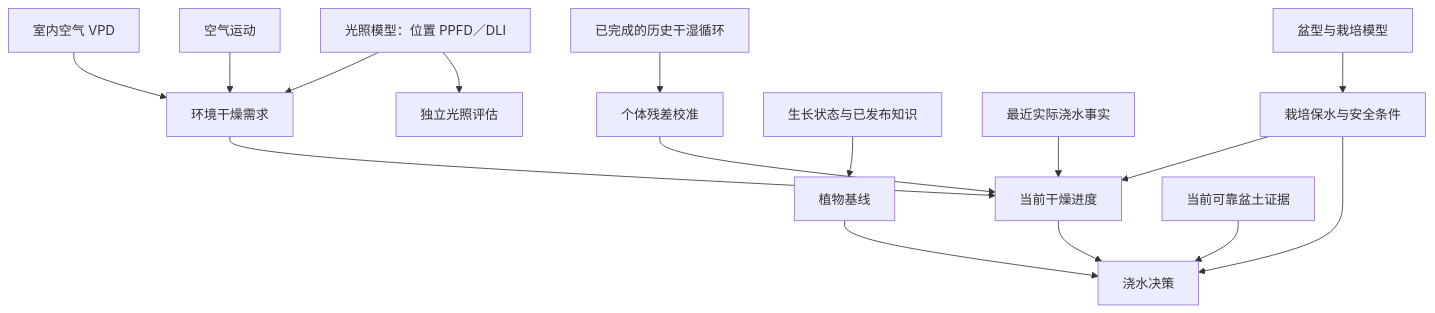
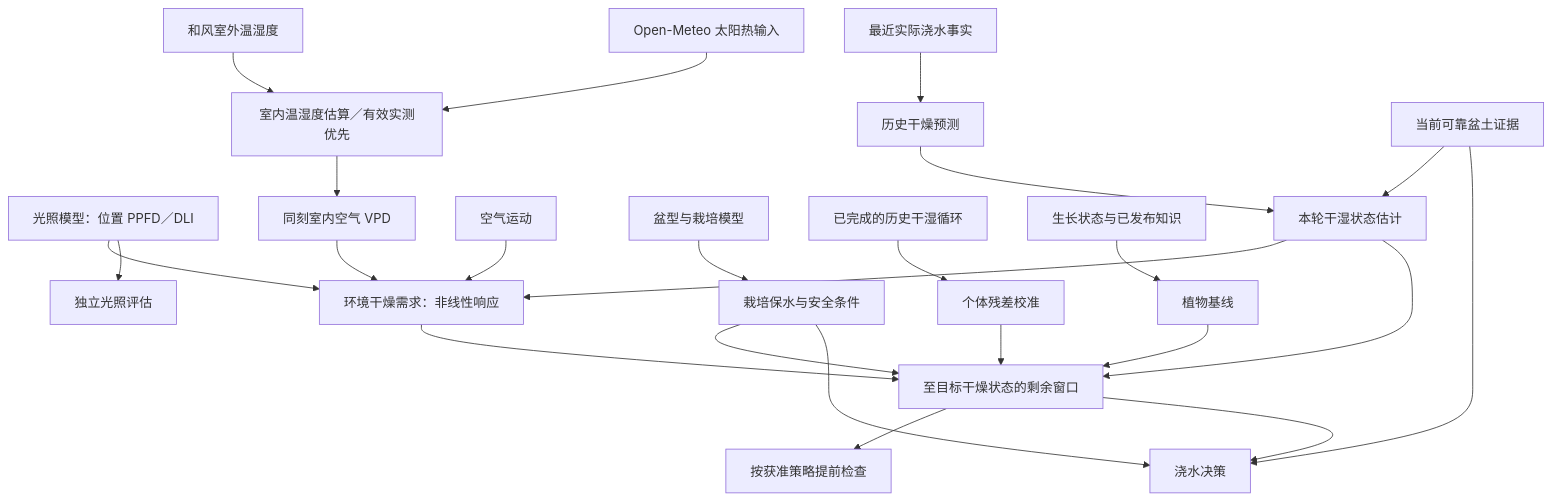
The third of 3 diagrams in 青花植后端v2底层架构重构计划_融合闭环终版.md (dang0705/planting), drawn with Mermaid before and after one commit. The commit also changed other lines of this file and 7 other files, not shown here.

Commit message:
docs(care): align indoor climate and soil-driven cycle estimates

````diff
--- a/青花植后端v2底层架构重构计划_融合闭环终版.md
+++ b/青花植后端v2底层架构重构计划_融合闭环终版.md
@@ -424,22 +442,29 @@
 ```mermaid
 flowchart TD
-  Light["光照模型：位置 PPFD／DLI"] --> Demand["环境干燥需求"]
-  Vpd["室内空气 VPD"] --> Demand
+  Light["光照模型：位置 PPFD／DLI"] --> Demand["环境干燥需求：非线性响应"]
+  Weather["和风室外温湿度"] --> Indoor["室内温湿度估算／有效实测优先"]
+  Radiation["Open-Meteo 太阳热输入"] --> Indoor
+  Indoor --> Vpd["同刻室内空气 VPD"]
+  Vpd --> Demand
   Air["空气运动"] --> Demand
 
   Pot["盆型与栽培模型"] --> Retention["栽培保水与安全条件"]
   History["已完成的历史干湿循环"] --> Calibration["个体残差校准"]
   Growth["生长状态与已发布知识"] --> Baseline["植物基线"]
 
-  Demand --> Dry["当前干燥进度"]
+  Actual["最近实际浇水事实"] --> Prior["历史干燥预测"]
+  Soil["当前可靠盆土证据"] --> State["本轮干湿状态估计"]
+  Prior --> State
+  State --> Demand
+  State --> Dry["至目标干燥状态的剩余窗口"]
+  Demand --> Dry
   Retention --> Dry
   Calibration --> Dry
-  Actual["最近实际浇水事实"] --> Dry
-
+  Baseline --> Dry
+  Dry --> Check["按获准策略提前检查"]
   Dry --> Watering["浇水决策"]
-  Baseline --> Watering
-  Soil["当前可靠盆土证据"] --> Watering
+  Soil --> Watering
   Retention --> Watering
 
   Light --> LightingAdvice["独立光照评估"]
 ```
````
